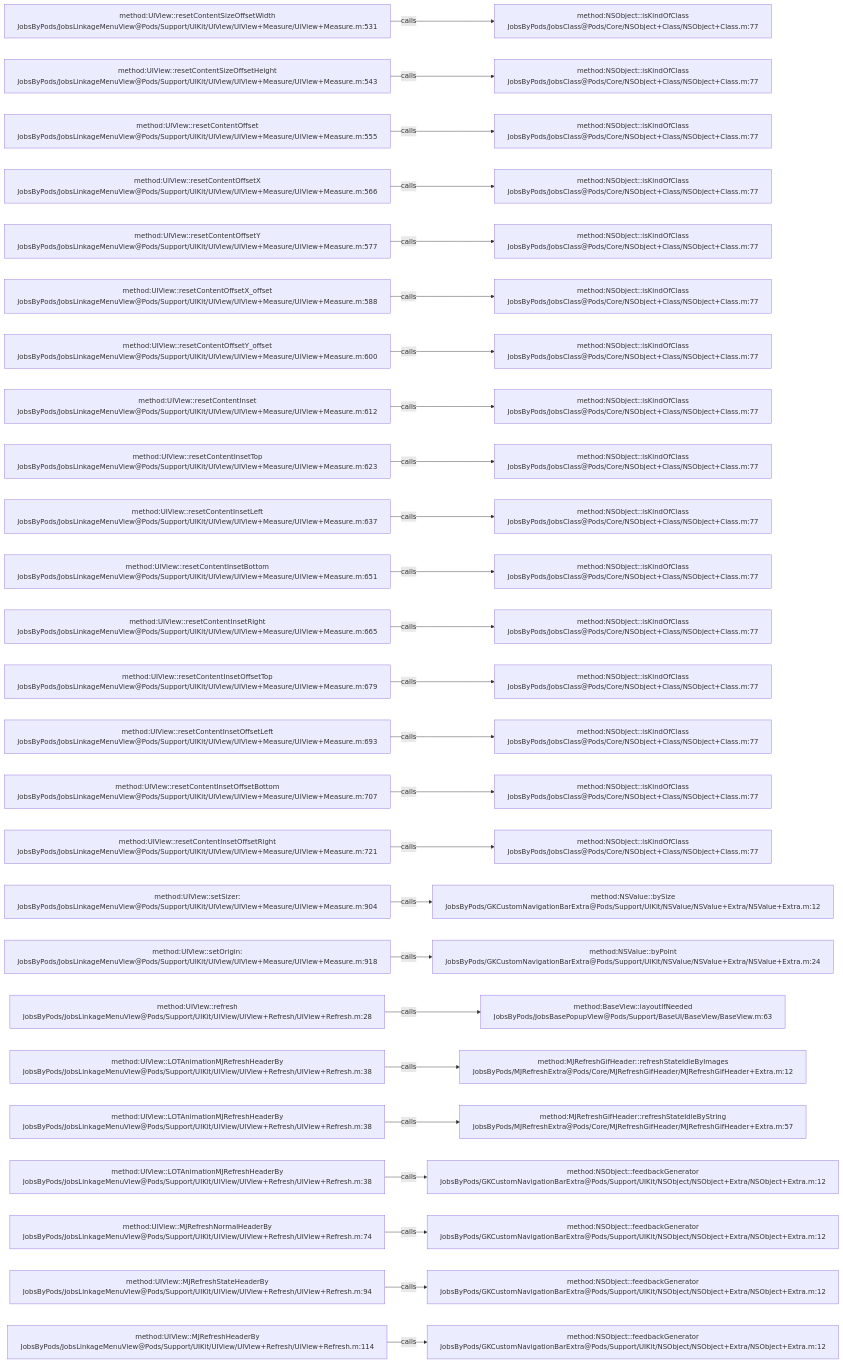
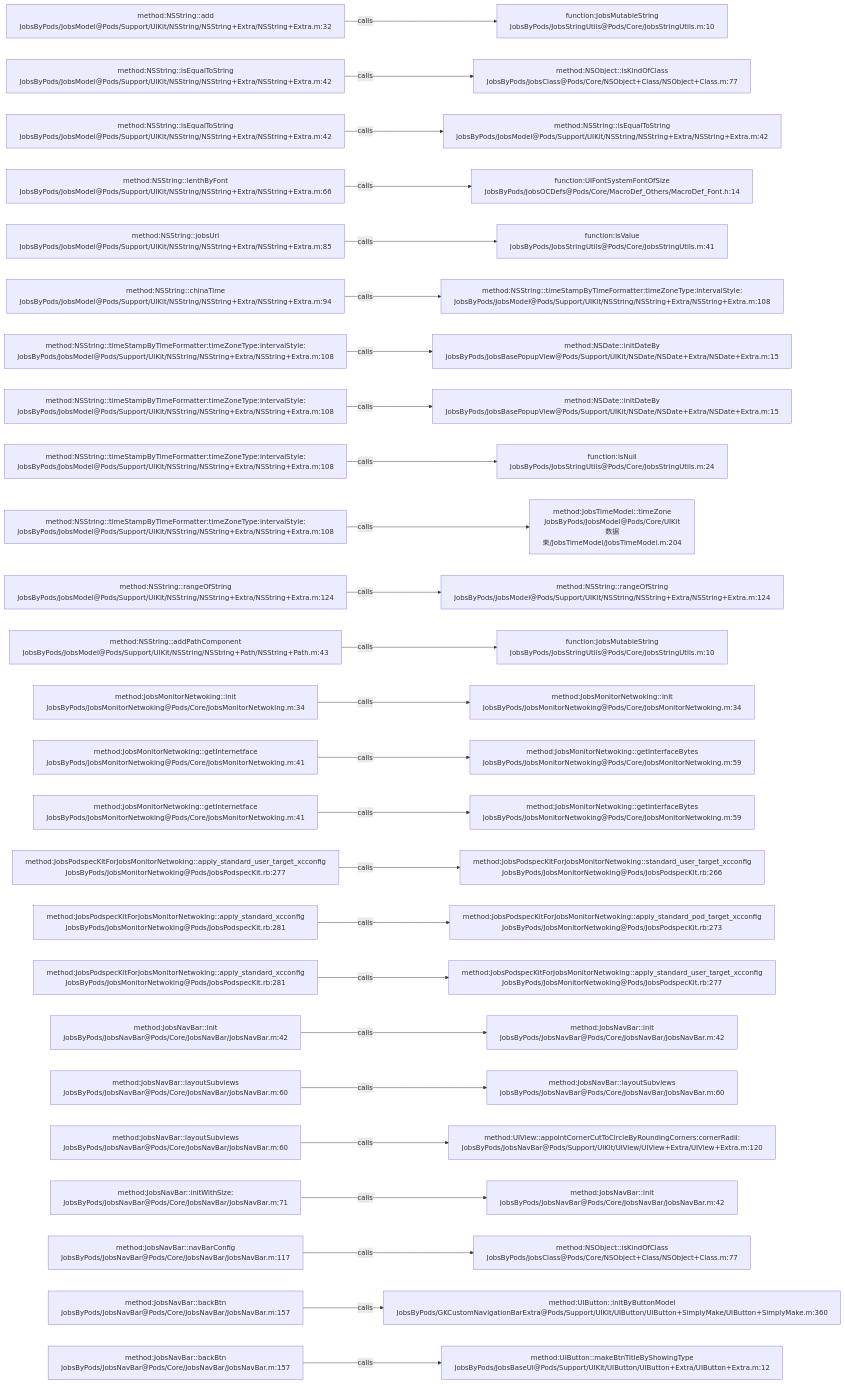
Before and after one commit to JobsKits/JobsOCBaseConfigDemo: the diagram in .codegraph/codegraph.md/graphs/calls-110.md, drawn with Mermaid. The commit also changed 639 other files, not shown here.

````diff
--- a/.codegraph/codegraph.md/graphs/calls-110.md
+++ b/.codegraph/codegraph.md/graphs/calls-110.md
@@ -13,78 +13,78 @@
 ```mermaid
 flowchart LR
-  S1["method:UIView::resetContentSizeOffsetWidth<br/>JobsByPods/JobsLinkageMenuView@Pods/Support/UIKit/UIView/UIView+Measure/UIView+Measure.m:531"]
-  T1["method:NSObject::isKindOfClass<br/>JobsByPods/JobsClass@Pods/Core/NSObject+Class/NSObject+Class.m:77"]
+  S1["method:NSString::add<br/>JobsByPods/JobsModel@Pods/Support/UIKit/NSString/NSString+Extra/NSString+Extra.m:32"]
+  T1["function:JobsMutableString<br/>JobsByPods/JobsStringUtils@Pods/Core/JobsStringUtils.m:10"]
   S1 -->|calls| T1
-  S2["method:UIView::resetContentSizeOffsetHeight<br/>JobsByPods/JobsLinkageMenuView@Pods/Support/UIKit/UIView/UIView+Measure/UIView+Measure.m:543"]
+  S2["method:NSString::isEqualToString<br/>JobsByPods/JobsModel@Pods/Support/UIKit/NSString/NSString+Extra/NSString+Extra.m:42"]
   T2["method:NSObject::isKindOfClass<br/>JobsByPods/JobsClass@Pods/Core/NSObject+Class/NSObject+Class.m:77"]
   S2 -->|calls| T2
-  S3["method:UIView::resetContentOffset<br/>JobsByPods/JobsLinkageMenuView@Pods/Support/UIKit/UIView/UIView+Measure/UIView+Measure.m:555"]
-  T3["method:NSObject::isKindOfClass<br/>JobsByPods/JobsClass@Pods/Core/NSObject+Class/NSObject+Class.m:77"]
+  S3["method:NSString::isEqualToString<br/>JobsByPods/JobsModel@Pods/Support/UIKit/NSString/NSString+Extra/NSString+Extra.m:42"]
+  T3["method:NSString::isEqualToString<br/>JobsByPods/JobsModel@Pods/Support/UIKit/NSString/NSString+Extra/NSString+Extra.m:42"]
   S3 -->|calls| T3
-  S4["method:UIView::resetContentOffsetX<br/>JobsByPods/JobsLinkageMenuView@Pods/Support/UIKit/UIView/UIView+Measure/UIView+Measure.m:566"]
-  T4["method:NSObject::isKindOfClass<br/>JobsByPods/JobsClass@Pods/Core/NSObject+Class/NSObject+Class.m:77"]
+  S4["method:NSString::lenthByFont<br/>JobsByPods/JobsModel@Pods/Support/UIKit/NSString/NSString+Extra/NSString+Extra.m:66"]
+  T4["function:UIFontSystemFontOfSize<br/>JobsByPods/JobsOCDefs@Pods/Core/MacroDef_Others/MacroDef_Font.h:14"]
   S4 -->|calls| T4
-  S5["method:UIView::resetContentOffsetY<br/>JobsByPods/JobsLinkageMenuView@Pods/Support/UIKit/UIView/UIView+Measure/UIView+Measure.m:577"]
-  T5["method:NSObject::isKindOfClass<br/>JobsByPods/JobsClass@Pods/Core/NSObject+Class/NSObject+Class.m:77"]
+  S5["method:NSString::jobsUrl<br/>JobsByPods/JobsModel@Pods/Support/UIKit/NSString/NSString+Extra/NSString+Extra.m:85"]
+  T5["function:isValue<br/>JobsByPods/JobsStringUtils@Pods/Core/JobsStringUtils.m:41"]
   S5 -->|calls| T5
-  S6["method:UIView::resetContentOffsetX_offset<br/>JobsByPods/JobsLinkageMenuView@Pods/Support/UIKit/UIView/UIView+Measure/UIView+Measure.m:588"]
-  T6["method:NSObject::isKindOfClass<br/>JobsByPods/JobsClass@Pods/Core/NSObject+Class/NSObject+Class.m:77"]
+  S6["method:NSString::chinaTime<br/>JobsByPods/JobsModel@Pods/Support/UIKit/NSString/NSString+Extra/NSString+Extra.m:94"]
+  T6["method:NSString::timeStampByTimeFormatter:timeZoneType:intervalStyle:<br/>JobsByPods/JobsModel@Pods/Support/UIKit/NSString/NSString+Extra/NSString+Extra.m:108"]
   S6 -->|calls| T6
-  S7["method:UIView::resetContentOffsetY_offset<br/>JobsByPods/JobsLinkageMenuView@Pods/Support/UIKit/UIView/UIView+Measure/UIView+Measure.m:600"]
-  T7["method:NSObject::isKindOfClass<br/>JobsByPods/JobsClass@Pods/Core/NSObject+Class/NSObject+Class.m:77"]
+  S7["method:NSString::timeStampByTimeFormatter:timeZoneType:intervalStyle:<br/>JobsByPods/JobsModel@Pods/Support/UIKit/NSString/NSString+Extra/NSString+Extra.m:108"]
+  T7["method:NSDate::initDateBy<br/>JobsByPods/JobsBasePopupView@Pods/Support/UIKit/NSDate/NSDate+Extra/NSDate+Extra.m:15"]
   S7 -->|calls| T7
-  S8["method:UIView::resetContentInset<br/>JobsByPods/JobsLinkageMenuView@Pods/Support/UIKit/UIView/UIView+Measure/UIView+Measure.m:612"]
-  T8["method:NSObject::isKindOfClass<br/>JobsByPods/JobsClass@Pods/Core/NSObject+Class/NSObject+Class.m:77"]
+  S8["method:NSString::timeStampByTimeFormatter:timeZoneType:intervalStyle:<br/>JobsByPods/JobsModel@Pods/Support/UIKit/NSString/NSString+Extra/NSString+Extra.m:108"]
+  T8["method:NSDate::initDateBy<br/>JobsByPods/JobsBasePopupView@Pods/Support/UIKit/NSDate/NSDate+Extra/NSDate+Extra.m:15"]
   S8 -->|calls| T8
-  S9["method:UIView::resetContentInsetTop<br/>JobsByPods/JobsLinkageMenuView@Pods/Support/UIKit/UIView/UIView+Measure/UIView+Measure.m:623"]
-  T9["method:NSObject::isKindOfClass<br/>JobsByPods/JobsClass@Pods/Core/NSObject+Class/NSObject+Class.m:77"]
+  S9["method:NSString::timeStampByTimeFormatter:timeZoneType:intervalStyle:<br/>JobsByPods/JobsModel@Pods/Support/UIKit/NSString/NSString+Extra/NSString+Extra.m:108"]
+  T9["function:isNull<br/>JobsByPods/JobsStringUtils@Pods/Core/JobsStringUtils.m:24"]
   S9 -->|calls| T9
-  S10["method:UIView::resetContentInsetLeft<br/>JobsByPods/JobsLinkageMenuView@Pods/Support/UIKit/UIView/UIView+Measure/UIView+Measure.m:637"]
-  T10["method:NSObject::isKindOfClass<br/>JobsByPods/JobsClass@Pods/Core/NSObject+Class/NSObject+Class.m:77"]
+  S10["method:NSString::timeStampByTimeFormatter:timeZoneType:intervalStyle:<br/>JobsByPods/JobsModel@Pods/Support/UIKit/NSString/NSString+Extra/NSString+Extra.m:108"]
+  T10["method:JobsTimeModel::timeZone<br/>JobsByPods/JobsModel@Pods/Core/UIKit数据束/JobsTimeModel/JobsTimeModel.m:204"]
   S10 -->|calls| T10
-  S11["method:UIView::resetContentInsetBottom<br/>JobsByPods/JobsLinkageMenuView@Pods/Support/UIKit/UIView/UIView+Measure/UIView+Measure.m:651"]
-  T11["method:NSObject::isKindOfClass<br/>JobsByPods/JobsClass@Pods/Core/NSObject+Class/NSObject+Class.m:77"]
+  S11["method:NSString::rangeOfString<br/>JobsByPods/JobsModel@Pods/Support/UIKit/NSString/NSString+Extra/NSString+Extra.m:124"]
+  T11["method:NSString::rangeOfString<br/>JobsByPods/JobsModel@Pods/Support/UIKit/NSString/NSString+Extra/NSString+Extra.m:124"]
   S11 -->|calls| T11
-  S12["method:UIView::resetContentInsetRight<br/>JobsByPods/JobsLinkageMenuView@Pods/Support/UIKit/UIView/UIView+Measure/UIView+Measure.m:665"]
-  T12["method:NSObject::isKindOfClass<br/>JobsByPods/JobsClass@Pods/Core/NSObject+Class/NSObject+Class.m:77"]
+  S12["method:NSString::addPathComponent<br/>JobsByPods/JobsModel@Pods/Support/UIKit/NSString/NSString+Path/NSString+Path.m:43"]
+  T12["function:JobsMutableString<br/>JobsByPods/JobsStringUtils@Pods/Core/JobsStringUtils.m:10"]
   S12 -->|calls| T12
-  S13["method:UIView::resetContentInsetOffsetTop<br/>JobsByPods/JobsLinkageMenuView@Pods/Support/UIKit/UIView/UIView+Measure/UIView+Measure.m:679"]
-  T13["method:NSObject::isKindOfClass<br/>JobsByPods/JobsClass@Pods/Core/NSObject+Class/NSObject+Class.m:77"]
+  S13["method:JobsMonitorNetwoking::init<br/>JobsByPods/JobsMonitorNetwoking@Pods/Core/JobsMonitorNetwoking.m:34"]
+  T13["method:JobsMonitorNetwoking::init<br/>JobsByPods/JobsMonitorNetwoking@Pods/Core/JobsMonitorNetwoking.m:34"]
   S13 -->|calls| T13
-  S14["method:UIView::resetContentInsetOffsetLeft<br/>JobsByPods/JobsLinkageMenuView@Pods/Support/UIKit/UIView/UIView+Measure/UIView+Measure.m:693"]
-  T14["method:NSObject::isKindOfClass<br/>JobsByPods/JobsClass@Pods/Core/NSObject+Class/NSObject+Class.m:77"]
+  S14["method:JobsMonitorNetwoking::getInternetface<br/>JobsByPods/JobsMonitorNetwoking@Pods/Core/JobsMonitorNetwoking.m:41"]
+  T14["method:JobsMonitorNetwoking::getInterfaceBytes<br/>JobsByPods/JobsMonitorNetwoking@Pods/Core/JobsMonitorNetwoking.m:59"]
   S14 -->|calls| T14
-  S15["method:UIView::resetContentInsetOffsetBottom<br/>JobsByPods/JobsLinkageMenuView@Pods/Support/UIKit/UIView/UIView+Measure/UIView+Measure.m:707"]
-  T15["method:NSObject::isKindOfClass<br/>JobsByPods/JobsClass@Pods/Core/NSObject+Class/NSObject+Class.m:77"]
+  S15["method:JobsMonitorNetwoking::getInternetface<br/>JobsByPods/JobsMonitorNetwoking@Pods/Core/JobsMonitorNetwoking.m:41"]
+  T15["method:JobsMonitorNetwoking::getInterfaceBytes<br/>JobsByPods/JobsMonitorNetwoking@Pods/Core/JobsMonitorNetwoking.m:59"]
   S15 -->|calls| T15
-  S16["method:UIView::resetContentInsetOffsetRight<br/>JobsByPods/JobsLinkageMenuView@Pods/Support/UIKit/UIView/UIView+Measure/UIView+Measure.m:721"]
-  T16["method:NSObject::isKindOfClass<br/>JobsByPods/JobsClass@Pods/Core/NSObject+Class/NSObject+Class.m:77"]
+  S16["method:JobsPodspecKitForJobsMonitorNetwoking::apply_standard_user_target_xcconfig<br/>JobsByPods/JobsMonitorNetwoking@Pods/JobsPodspecKit.rb:277"]
+  T16["method:JobsPodspecKitForJobsMonitorNetwoking::standard_user_target_xcconfig<br/>JobsByPods/JobsMonitorNetwoking@Pods/JobsPodspecKit.rb:266"]
   S16 -->|calls| T16
-  S17["method:UIView::setSizer:<br/>JobsByPods/JobsLinkageMenuView@Pods/Support/UIKit/UIView/UIView+Measure/UIView+Measure.m:904"]
-  T17["method:NSValue::bySize<br/>JobsByPods/GKCustomNavigationBarExtra@Pods/Support/UIKit/NSValue/NSValue+Extra/NSValue+Extra.m:12"]
+  S17["method:JobsPodspecKitForJobsMonitorNetwoking::apply_standard_xcconfig<br/>JobsByPods/JobsMonitorNetwoking@Pods/JobsPodspecKit.rb:281"]
+  T17["method:JobsPodspecKitForJobsMonitorNetwoking::apply_standard_pod_target_xcconfig<br/>JobsByPods/JobsMonitorNetwoking@Pods/JobsPodspecKit.rb:273"]
   S17 -->|calls| T17
-  S18["method:UIView::setOrigin:<br/>JobsByPods/JobsLinkageMenuView@Pods/Support/UIKit/UIView/UIView+Measure/UIView+Measure.m:918"]
-  T18["method:NSValue::byPoint<br/>JobsByPods/GKCustomNavigationBarExtra@Pods/Support/UIKit/NSValue/NSValue+Extra/NSValue+Extra.m:24"]
+  S18["method:JobsPodspecKitForJobsMonitorNetwoking::apply_standard_xcconfig<br/>JobsByPods/JobsMonitorNetwoking@Pods/JobsPodspecKit.rb:281"]
+  T18["method:JobsPodspecKitForJobsMonitorNetwoking::apply_standard_user_target_xcconfig<br/>JobsByPods/JobsMonitorNetwoking@Pods/JobsPodspecKit.rb:277"]
   S18 -->|calls| T18
-  S19["method:UIView::refresh<br/>JobsByPods/JobsLinkageMenuView@Pods/Support/UIKit/UIView/UIView+Refresh/UIView+Refresh.m:28"]
-  T19["method:BaseView::layoutIfNeeded<br/>JobsByPods/JobsBasePopupView@Pods/Support/BaseUI/BaseView/BaseView.m:63"]
+  S19["method:JobsNavBar::init<br/>JobsByPods/JobsNavBar@Pods/Core/JobsNavBar/JobsNavBar.m:42"]
+  T19["method:JobsNavBar::init<br/>JobsByPods/JobsNavBar@Pods/Core/JobsNavBar/JobsNavBar.m:42"]
   S19 -->|calls| T19
-  S20["method:UIView::LOTAnimationMJRefreshHeaderBy<br/>JobsByPods/JobsLinkageMenuView@Pods/Support/UIKit/UIView/UIView+Refresh/UIView+Refresh.m:38"]
-  T20["method:MJRefreshGifHeader::refreshStateIdleByImages<br/>JobsByPods/MJRefreshExtra@Pods/Core/MJRefreshGifHeader/MJRefreshGifHeader+Extra.m:12"]
+  S20["method:JobsNavBar::layoutSubviews<br/>JobsByPods/JobsNavBar@Pods/Core/JobsNavBar/JobsNavBar.m:60"]
+  T20["method:JobsNavBar::layoutSubviews<br/>JobsByPods/JobsNavBar@Pods/Core/JobsNavBar/JobsNavBar.m:60"]
   S20 -->|calls| T20
-  S21["method:UIView::LOTAnimationMJRefreshHeaderBy<br/>JobsByPods/JobsLinkageMenuView@Pods/Support/UIKit/UIView/UIView+Refresh/UIView+Refresh.m:38"]
-  T21["method:MJRefreshGifHeader::refreshStateIdleByString<br/>JobsByPods/MJRefreshExtra@Pods/Core/MJRefreshGifHeader/MJRefreshGifHeader+Extra.m:57"]
+  S21["method:JobsNavBar::layoutSubviews<br/>JobsByPods/JobsNavBar@Pods/Core/JobsNavBar/JobsNavBar.m:60"]
+  T21["method:UIView::appointCornerCutToCircleByRoundingCorners:cornerRadii:<br/>JobsByPods/JobsNavBar@Pods/Support/UIKit/UIView/UIView+Extra/UIView+Extra.m:120"]
   S21 -->|calls| T21
-  S22["method:UIView::LOTAnimationMJRefreshHeaderBy<br/>JobsByPods/JobsLinkageMenuView@Pods/Support/UIKit/UIView/UIView+Refresh/UIView+Refresh.m:38"]
-  T22["method:NSObject::feedbackGenerator<br/>JobsByPods/GKCustomNavigationBarExtra@Pods/Support/UIKit/NSObject/NSObject+Extra/NSObject+Extra.m:12"]
+  S22["method:JobsNavBar::initWithSize:<br/>JobsByPods/JobsNavBar@Pods/Core/JobsNavBar/JobsNavBar.m:71"]
+  T22["method:JobsNavBar::init<br/>JobsByPods/JobsNavBar@Pods/Core/JobsNavBar/JobsNavBar.m:42"]
   S22 -->|calls| T22
-  S23["method:UIView::MJRefreshNormalHeaderBy<br/>JobsByPods/JobsLinkageMenuView@Pods/Support/UIKit/UIView/UIView+Refresh/UIView+Refresh.m:74"]
-  T23["method:NSObject::feedbackGenerator<br/>JobsByPods/GKCustomNavigationBarExtra@Pods/Support/UIKit/NSObject/NSObject+Extra/NSObject+Extra.m:12"]
+  S23["method:JobsNavBar::navBarConfig<br/>JobsByPods/JobsNavBar@Pods/Core/JobsNavBar/JobsNavBar.m:117"]
+  T23["method:NSObject::isKindOfClass<br/>JobsByPods/JobsClass@Pods/Core/NSObject+Class/NSObject+Class.m:77"]
   S23 -->|calls| T23
-  S24["method:UIView::MJRefreshStateHeaderBy<br/>JobsByPods/JobsLinkageMenuView@Pods/Support/UIKit/UIView/UIView+Refresh/UIView+Refresh.m:94"]
-  T24["method:NSObject::feedbackGenerator<br/>JobsByPods/GKCustomNavigationBarExtra@Pods/Support/UIKit/NSObject/NSObject+Extra/NSObject+Extra.m:12"]
+  S24["method:JobsNavBar::backBtn<br/>JobsByPods/JobsNavBar@Pods/Core/JobsNavBar/JobsNavBar.m:157"]
+  T24["method:UIButton::initByButtonModel<br/>JobsByPods/GKCustomNavigationBarExtra@Pods/Support/UIKit/UIButton/UIButton+SimplyMake/UIButton+SimplyMake.m:360"]
   S24 -->|calls| T24
-  S25["method:UIView::MJRefreshHeaderBy<br/>JobsByPods/JobsLinkageMenuView@Pods/Support/UIKit/UIView/UIView+Refresh/UIView+Refresh.m:114"]
-  T25["method:NSObject::feedbackGenerator<br/>JobsByPods/GKCustomNavigationBarExtra@Pods/Support/UIKit/NSObject/NSObject+Extra/NSObject+Extra.m:12"]
+  S25["method:JobsNavBar::backBtn<br/>JobsByPods/JobsNavBar@Pods/Core/JobsNavBar/JobsNavBar.m:157"]
+  T25["method:UIButton::makeBtnTitleByShowingType<br/>JobsByPods/JobsBaseUI@Pods/Support/UIKit/UIButton/UIButton+Extra/UIButton+Extra.m:12"]
   S25 -->|calls| T25
 ```
````
